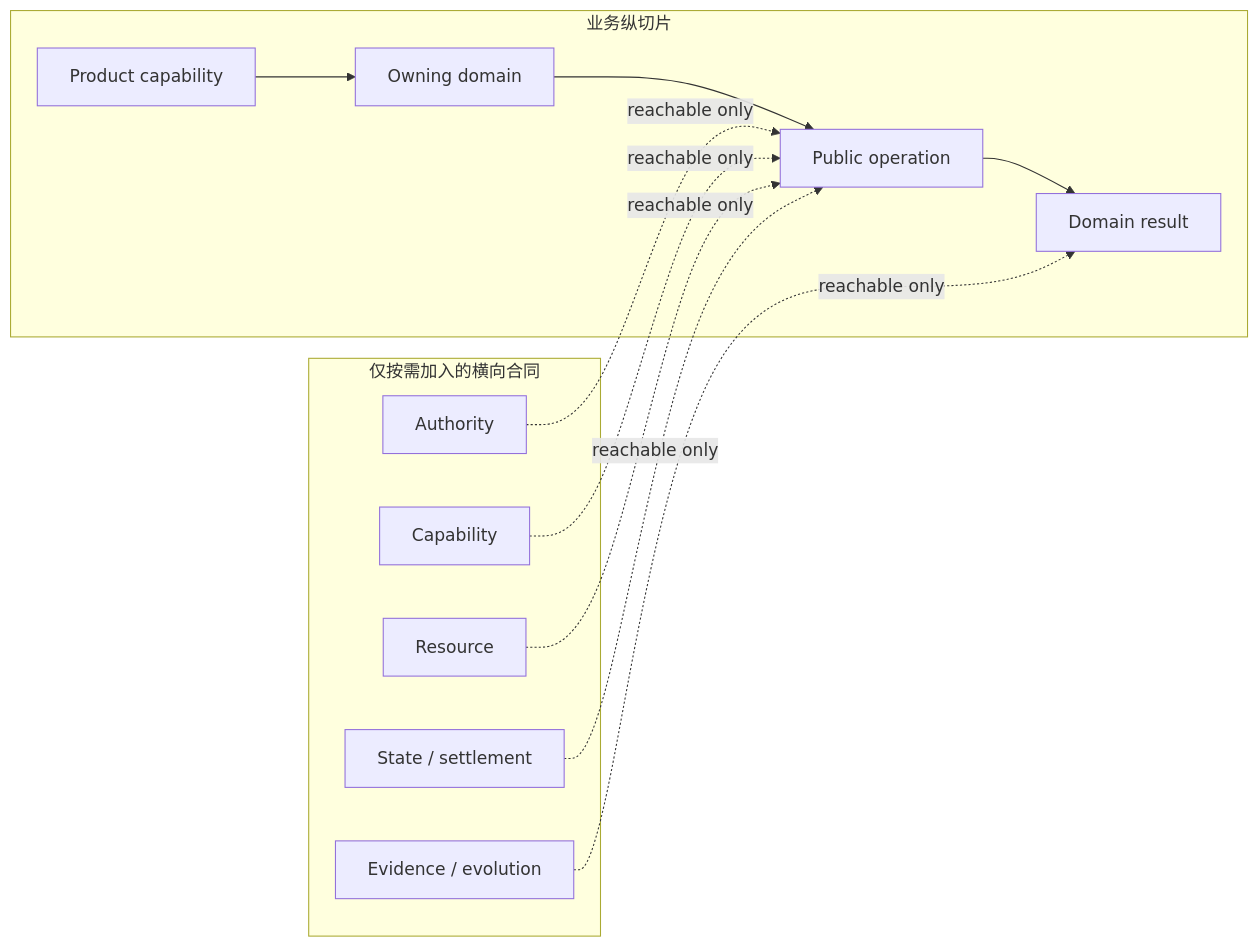
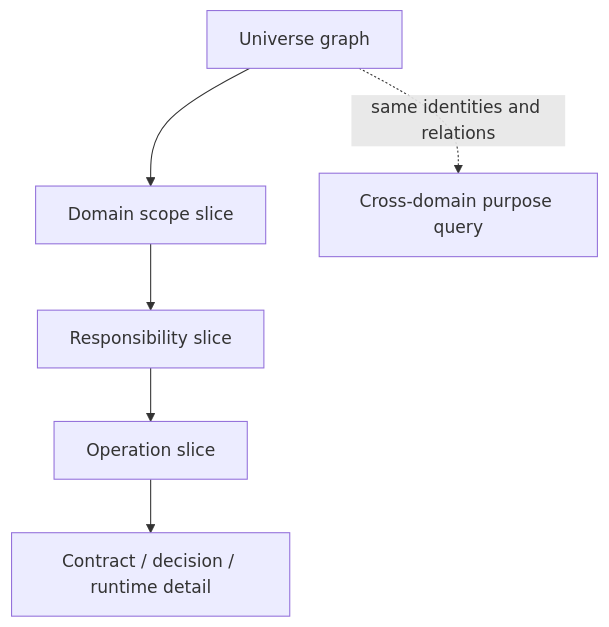
One commit to sec-platform/sec changed the second of 3 diagrams in docs/system-architecture.md. Above: the diagram before and after it, drawn with Mermaid. The commit also changed other lines of this file and 37 other files, not shown here.

````diff
--- a/docs/system-architecture.md
+++ b/docs/system-architecture.md
@@ -189,20 +94,9 @@
 ```mermaid
-flowchart LR
-  subgraph Business[业务纵切片]
-    P[Product capability] --> D[Owning domain]
-    D --> O[Public operation]
-    O --> R[Domain result]
-  end
-  subgraph Applicable[仅按需加入的横向合同]
-    A[Authority]
-    C[Capability]
-    Q[Resource]
-    S[State / settlement]
-    V[Evidence / evolution]
-  end
-  A -. reachable only .-> O
-  C -. reachable only .-> O
-  Q -. reachable only .-> O
-  S -. reachable only .-> O
-  V -. reachable only .-> R
+flowchart TB
+  U[Universe graph]
+  U --> D[Domain scope slice]
+  D --> R[Responsibility slice]
+  R --> O[Operation slice]
+  O --> C[Contract / decision / runtime detail]
+  U -. same identities and relations .-> Q[Cross-domain purpose query]
 ```
````
